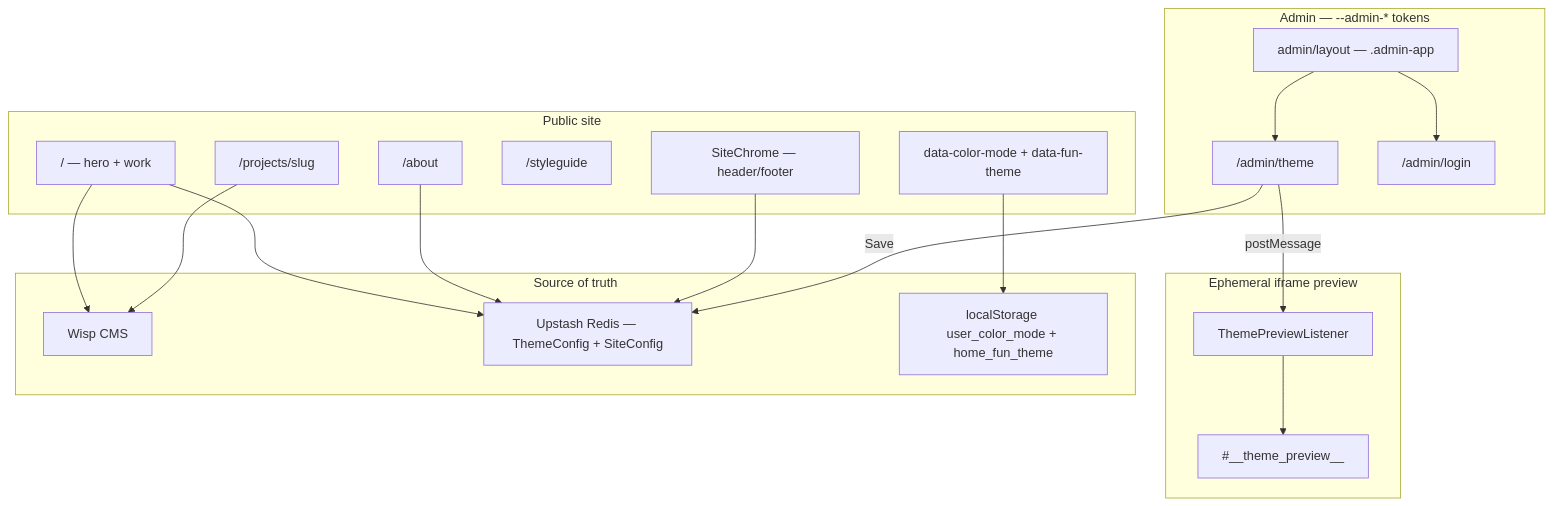
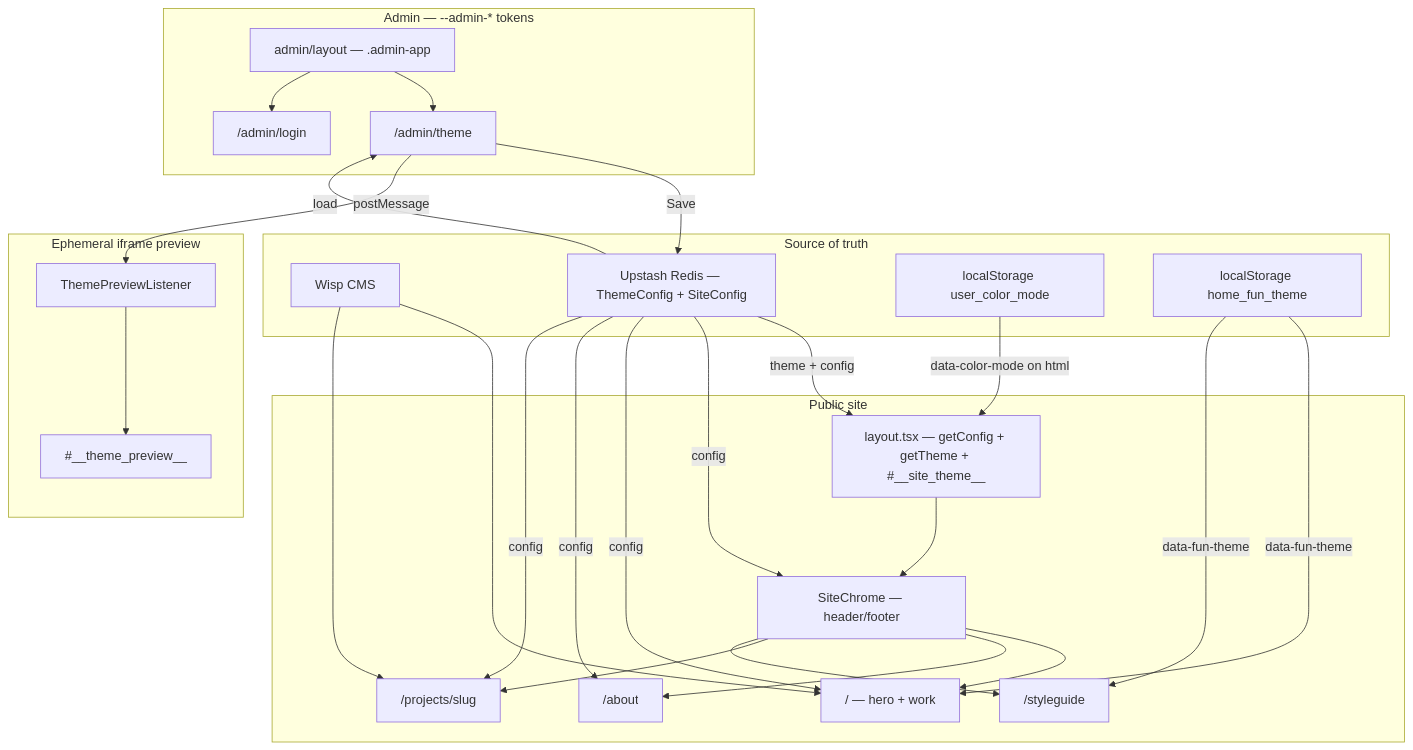
The diagram in README.md (juliasakakibara/test-wisp), drawn with Mermaid before and after one commit. The commit also changed other lines of this file and 1 other file, not shown here.

Commit message:
Fix data-architecture Mermaid to match real read/write flows.
Show Redis via root layout, Wisp on home and projects, Fun on home/styleguide, and ThemeEditor load+Save.

````diff
--- a/README.md
+++ b/README.md
@@ -34,40 +36,55 @@
 ```mermaid
 flowchart TB
   subgraph public [Public site]
+    RootLayout["layout.tsx — getConfig + getTheme + #__site_theme__"]
+    SiteChrome["SiteChrome — header/footer"]
     Home["/ — hero + work"]
     About["/about"]
     Project["/projects/slug"]
     Styleguide["/styleguide"]
-    SiteChrome["SiteChrome — header/footer"]
-    ColorMode["data-color-mode + data-fun-theme"]
   end
 
   subgraph admin [Admin — --admin-* tokens]
     AdminApp["admin/layout — .admin-app"]
     ThemeEditor["/admin/theme"]
     Login["/admin/login"]
   end
 
   subgraph preview [Ephemeral iframe preview]
     Listener["ThemePreviewListener"]
     StyleTag["#__theme_preview__"]
   end
 
   subgraph persist [Source of truth]
     Wisp["Wisp CMS"]
     Redis["Upstash Redis — ThemeConfig + SiteConfig"]
-    LS["localStorage user_color_mode + home_fun_theme"]
+    ColorMode["localStorage user_color_mode"]
+    FunTheme["localStorage home_fun_theme"]
   end
 
-  Home --> Wisp
-  Home --> Redis
-  About --> Redis
-  Project --> Wisp
-  SiteChrome --> Redis
-  ColorMode --> LS
+  Redis -->|theme + config| RootLayout
+  Redis -->|config| SiteChrome
+  Redis -->|config| Home
+  Redis -->|config| About
+  Redis -->|config| Project
+  Redis -->|load| ThemeEditor
   ThemeEditor -->|Save| Redis
+
+  Wisp --> Home
+  Wisp --> Project
+
+  ColorMode -->|data-color-mode on html| RootLayout
+  FunTheme -->|data-fun-theme| Home
+  FunTheme -->|data-fun-theme| Styleguide
+
+  RootLayout --> SiteChrome
+  SiteChrome --> Home
+  SiteChrome --> About
+  SiteChrome --> Project
+  SiteChrome --> Styleguide
+
+  AdminApp --> ThemeEditor
+  AdminApp --> Login
   ThemeEditor -->|postMessage| Listener
   Listener --> StyleTag
-  AdminApp --> ThemeEditor
-  AdminApp --> Login
 ```
````
